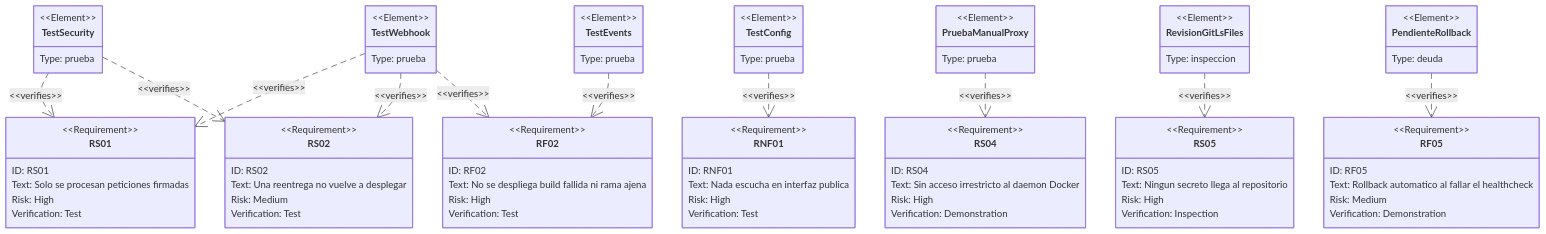
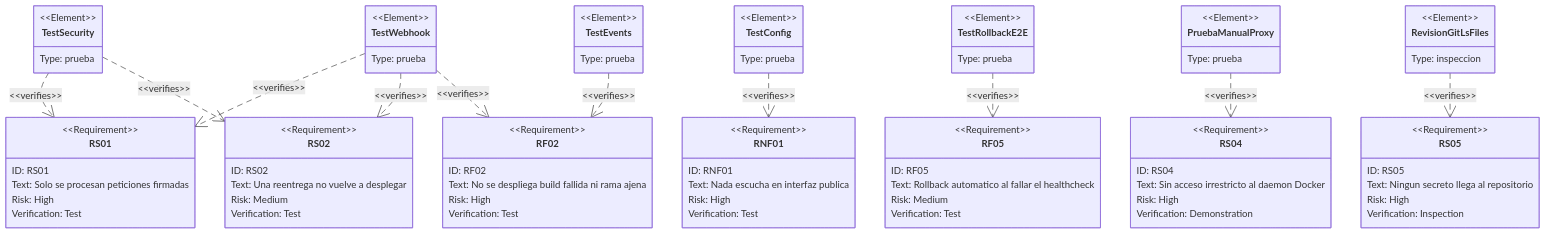
Before and after one commit to higerotech/despliegue-continuo: the diagram in docs/04-testing/test-strategy.md, drawn with Mermaid. The commit also changed other lines of this file and 8 other files, not shown here.

First line of the commit message:
test: prueba de extremo a extremo del rollback contra Docker real (D-01)

````diff
--- a/docs/04-testing/test-strategy.md
+++ b/docs/04-testing/test-strategy.md
@@ -36,78 +61,78 @@
 ```mermaid
 requirementDiagram
     requirement RS01 {
       id: RS01
       text: Solo se procesan peticiones firmadas
       risk: high
       verifymethod: test
     }
     requirement RS02 {
       id: RS02
       text: Una reentrega no vuelve a desplegar
       risk: medium
       verifymethod: test
     }
     requirement RS04 {
       id: RS04
       text: Sin acceso irrestricto al daemon Docker
       risk: high
       verifymethod: demonstration
     }
     requirement RS05 {
       id: RS05
       text: Ningun secreto llega al repositorio
       risk: high
       verifymethod: inspection
     }
     requirement RF02 {
       id: RF02
       text: No se despliega build fallida ni rama ajena
       risk: high
       verifymethod: test
     }
     requirement RF05 {
       id: RF05
       text: Rollback automatico al fallar el healthcheck
       risk: medium
-      verifymethod: demonstration
+      verifymethod: test
     }
     requirement RNF01 {
       id: RNF01
       text: Nada escucha en interfaz publica
       risk: high
       verifymethod: test
     }
 
     element TestSecurity {
       type: "prueba"
     }
     element TestEvents {
       type: "prueba"
     }
     element TestConfig {
       type: "prueba"
     }
     element TestWebhook {
       type: "prueba"
     }
+    element TestRollbackE2E {
+      type: "prueba"
+    }
     element PruebaManualProxy {
       type: "prueba"
     }
     element RevisionGitLsFiles {
       type: "inspeccion"
-    }
-    element PendienteRollback {
-      type: "deuda"
     }
 
     TestSecurity - verifies -> RS01
     TestWebhook - verifies -> RS01
     TestSecurity - verifies -> RS02
     TestWebhook - verifies -> RS02
     TestEvents - verifies -> RF02
     TestWebhook - verifies -> RF02
     TestConfig - verifies -> RNF01
+    TestRollbackE2E - verifies -> RF05
     PruebaManualProxy - verifies -> RS04
     RevisionGitLsFiles - verifies -> RS05
-    PendienteRollback - verifies -> RF05
 ```
````
